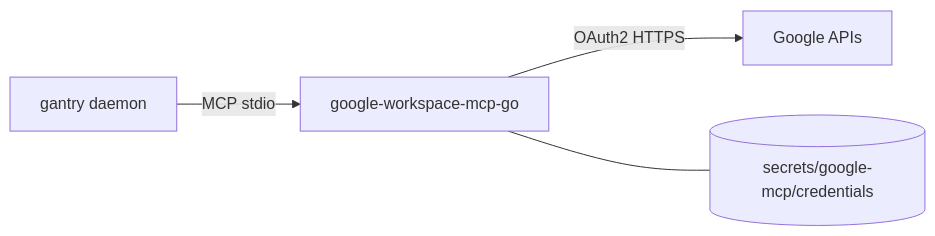
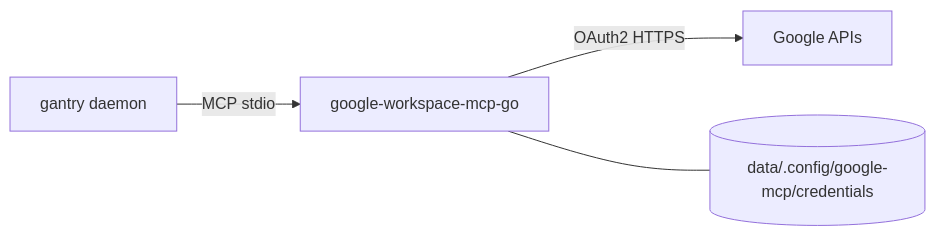
The diagram in local-agent/docs/google-workspace.md (shotah/ai-gantry), drawn with Mermaid before and after one commit. The commit also changed other lines of this file and 71 other files, not shown here.

````diff
--- a/local-agent/docs/google-workspace.md
+++ b/local-agent/docs/google-workspace.md
@@ -11,6 +12,6 @@
 ```mermaid
 flowchart LR
   GN[gantry daemon] -->|MCP stdio| GW[google-workspace-mcp-go]
   GW -->|OAuth2 HTTPS| API[Google APIs]
-  GW --- TOK[("secrets/google-mcp/credentials")]
+  GW --- TOK[("data/.config/google-mcp/credentials")]
 ```
````
